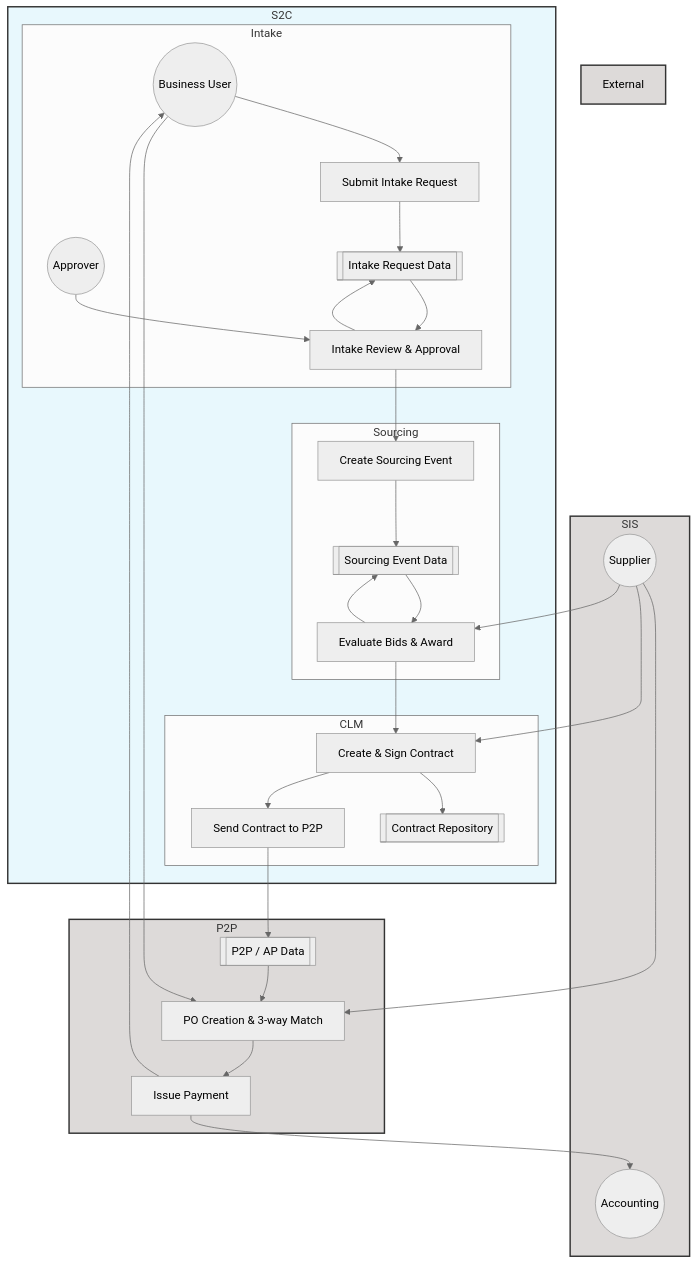
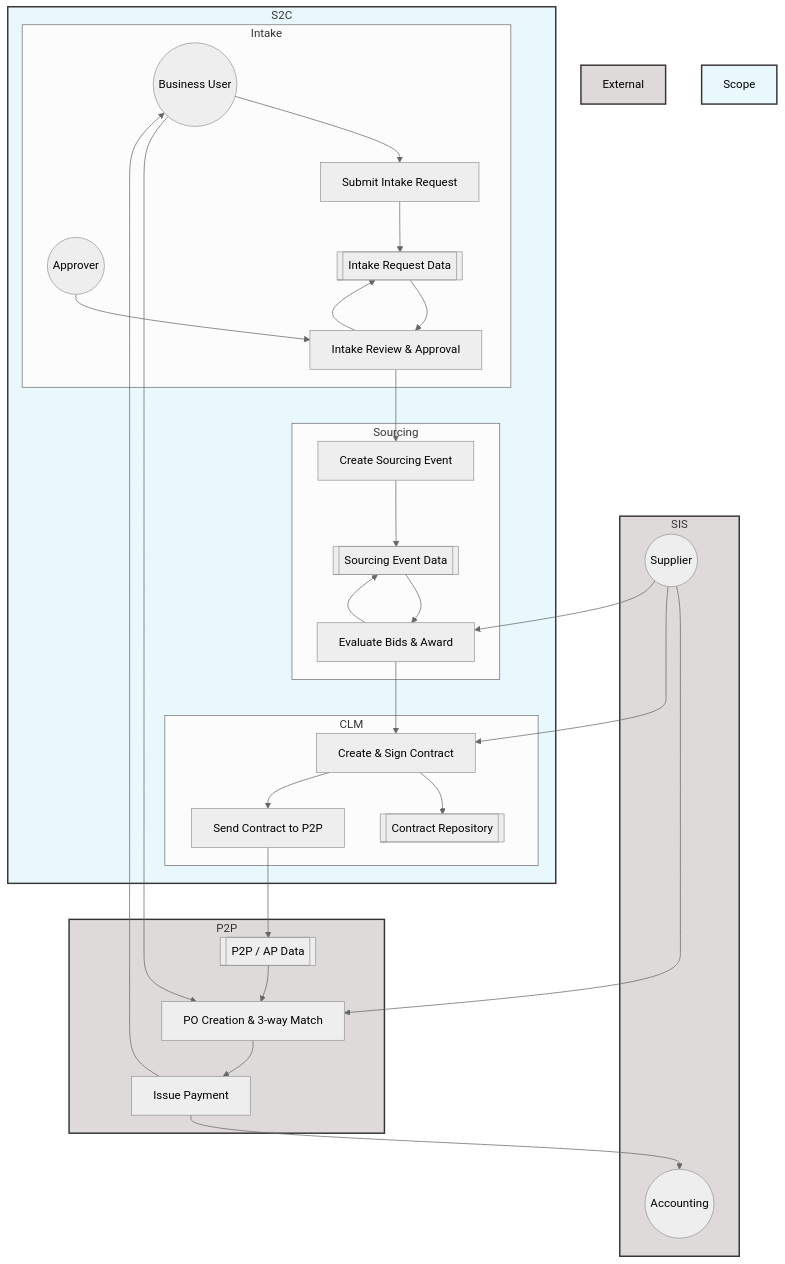
Before and after one commit to houssamkhalifeh/practice: the diagram in S2C.md, drawn with Mermaid (neutral theme).

````diff
--- a/S2C.md
+++ b/S2C.md
@@ -1,79 +1,81 @@
 ```mermaid
 flowchart TD
+
     External
     %% Style nodes
+    style Scope fill:#E8F8FD,stroke:#333,stroke-width:2px
     style External fill:#DDDAD9,stroke:#333,stroke-width:2px
     style SIS fill:#DDDAD9,stroke:#333,stroke-width:2px
     style P2P fill:#DDDAD9,stroke:#333,stroke-width:2px
     style S2C fill:#E8F8FD,stroke:#333,stroke-width:2px
 
 
     %% External Entities
     User((Business User))
     Supplier((Supplier))
     SupplierAccount((Accounting))
     Approver((Approver))
 
     %% Data Stores
     DS_Intake[[Intake Request Data]]
     DS_Sourcing[[Sourcing Event Data]]
     DS_Contract[[Contract Repository]]
     DS_P2P[[P2P / AP Data]]
 
     %% Processes
     P1[Submit Intake Request]
     P2[Intake Review & Approval]
     P3[Create Sourcing Event]
     P4[Evaluate Bids & Award]
     P5[Create & Sign Contract]
     P6[Send Contract to P2P]
     P7[PO Creation & 3-way Match]
     P8[Issue Payment]
 
     subgraph SIS
         Supplier
         SupplierAccount
     end
 
     subgraph P2P
         P7
         DS_P2P
         P8
     end
 
     subgraph S2C
         Intake
         Sourcing
         CLM
     end
     
     %% Flows
     subgraph Intake
         Approver --> P2 --> DS_Intake
         User --> P1 --> DS_Intake
         DS_Intake --> P2
     end
 
     subgraph Sourcing
         P2 --> P3 --> DS_Sourcing
         DS_Sourcing --> P4 --> DS_Sourcing
     end
 
     subgraph CLM
         P4 --> P5 --> DS_Contract
         P5 --> P6 --> DS_P2P
     end
 
 
     Supplier --> P7
     Supplier --> P5
     Supplier --> P4
 
 
     DS_P2P --> P7 --> P8
     P8 --> SupplierAccount
     User --> P7
     P8 --> User
 
 
 ```
````
